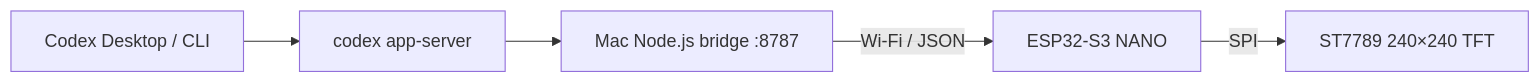
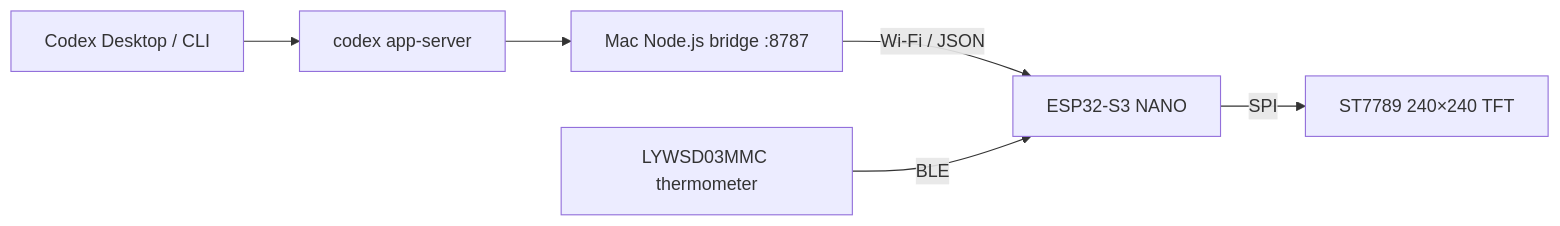
Before and after one commit to datehoer/ai_desktop_widget: the diagram in README.md, drawn with Mermaid. The commit also changed other lines of this file and 8 other files, not shown here.

````diff
--- a/README.md
+++ b/README.md
@@ -29,7 +46,8 @@
 ```mermaid
 flowchart LR
     A["Codex Desktop / CLI"] --> B["codex app-server"]
     B --> C["Mac Node.js bridge :8787"]
     C -->|"Wi-Fi / JSON"| D["ESP32-S3 NANO"]
     D -->|"SPI"| E["ST7789 240×240 TFT"]
+    F["LYWSD03MMC thermometer"] -->|"BLE"| D
 ```
````
